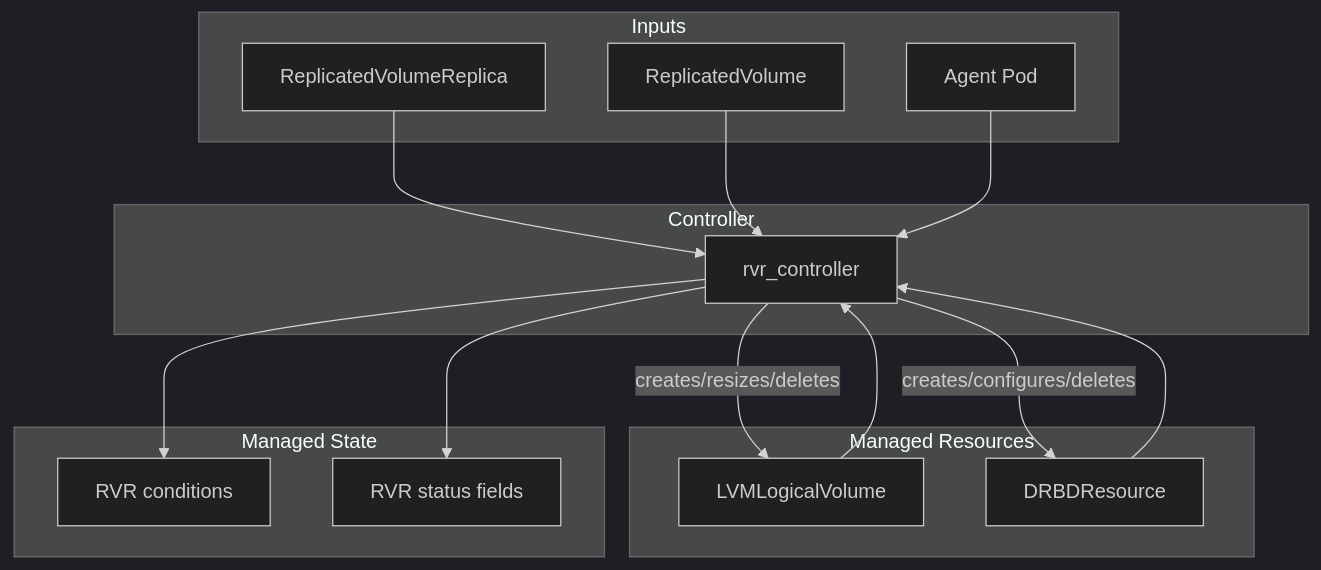
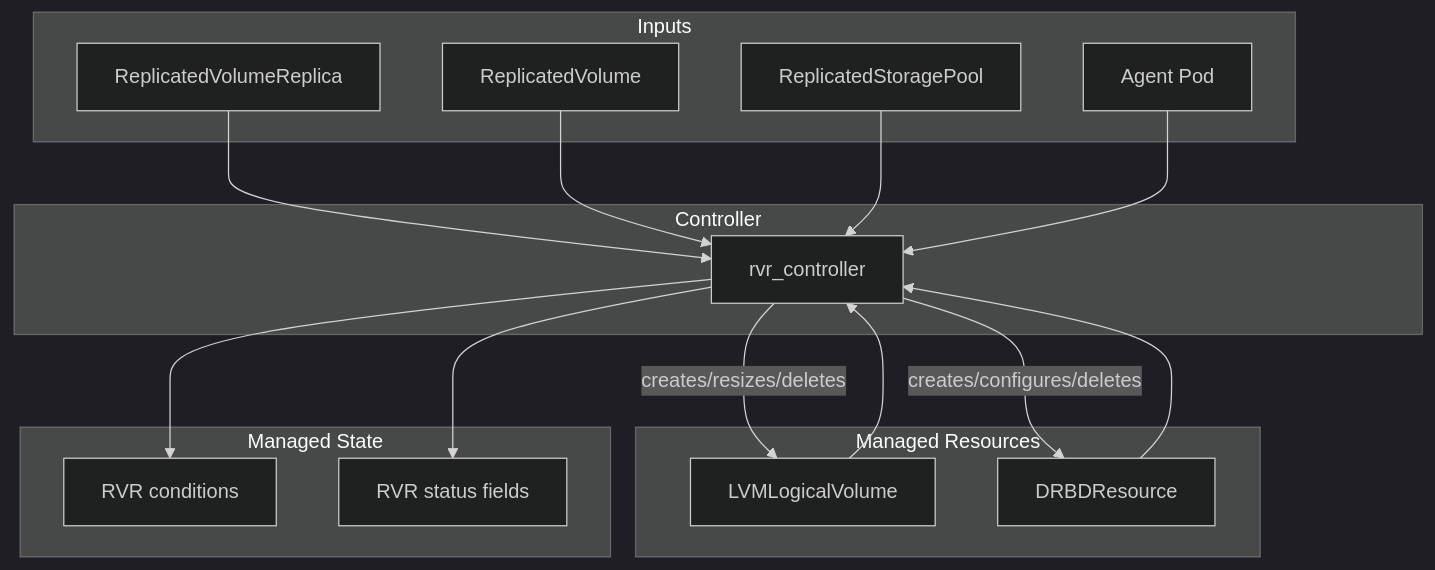
The second of 2 diagrams in images/controller/README.md (deckhouse/sds-replicated-volume), drawn with Mermaid (dark theme) before and after one commit. The commit also changed other lines of this file and 4 other files, not shown here.

````diff
--- a/images/controller/README.md
+++ b/images/controller/README.md
@@ -75,32 +75,34 @@
 ```mermaid
 flowchart TB
     subgraph inputs [Inputs]
         RVR[ReplicatedVolumeReplica]
         RV[ReplicatedVolume]
+        RSP[ReplicatedStoragePool]
         AgentPod[Agent Pod]
     end
 
     subgraph controller [Controller]
         RVRCtrl[rvr_controller]
     end
 
     subgraph managed [Managed Resources]
         LLV[LVMLogicalVolume]
         DRBDR[DRBDResource]
     end
 
     subgraph status [Managed State]
         Conditions[RVR conditions]
         StatusFields[RVR status fields]
     end
 
     RVR --> RVRCtrl
     RV --> RVRCtrl
+    RSP --> RVRCtrl
     AgentPod --> RVRCtrl
     LLV --> RVRCtrl
     DRBDR --> RVRCtrl
     RVRCtrl -->|creates/resizes/deletes| LLV
     RVRCtrl -->|creates/configures/deletes| DRBDR
     RVRCtrl --> Conditions
     RVRCtrl --> StatusFields
 ```
````
